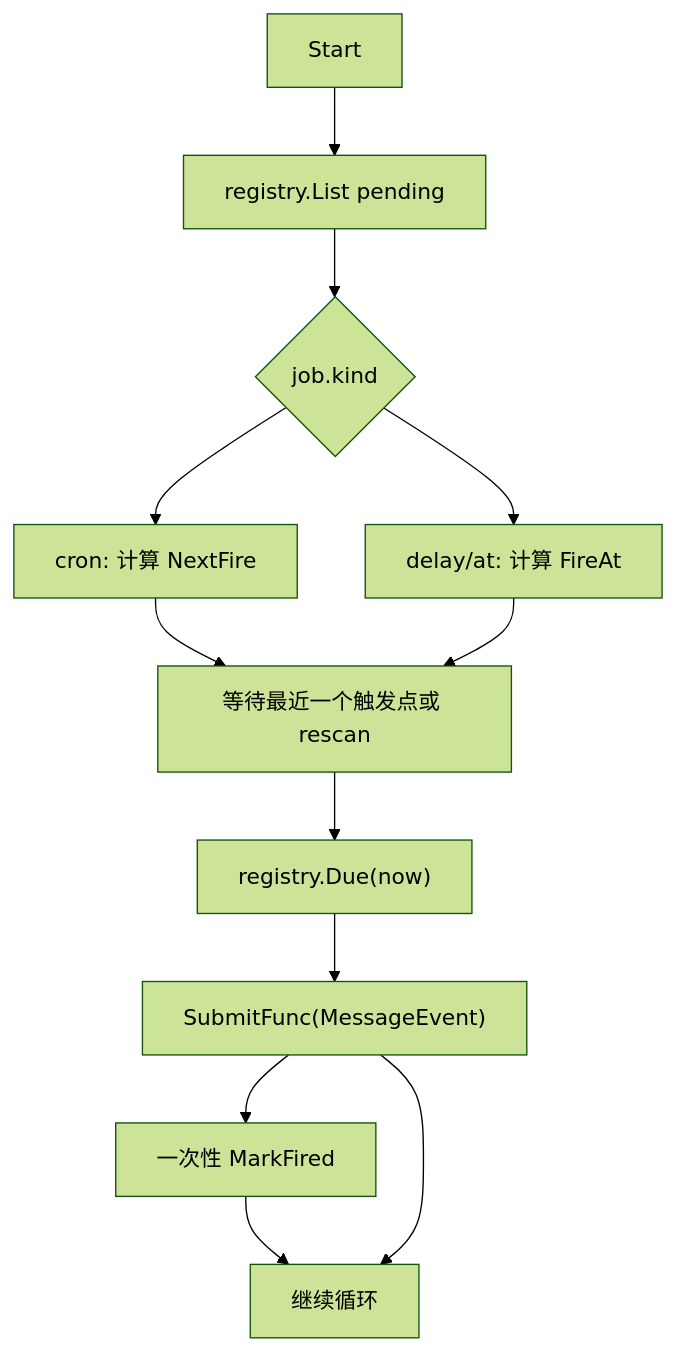
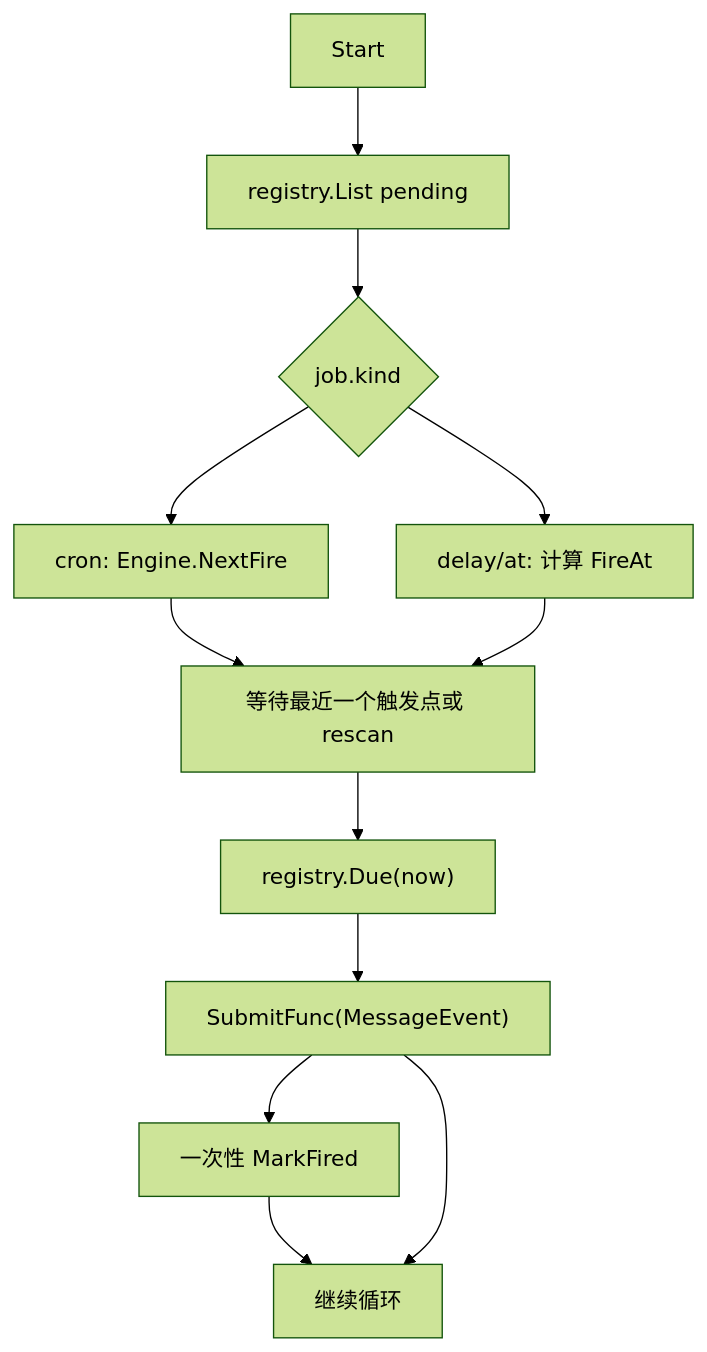
One commit to lengzhao/agentkit changed the diagram in docs/guides/schedule-timer.zh.md. Above: the diagram before and after it, drawn with Mermaid (forest theme). The commit also changed other lines of this file and 55 other files, not shown here.

````diff
--- a/docs/guides/schedule-timer.zh.md
+++ b/docs/guides/schedule-timer.zh.md
@@ -174,20 +175,20 @@
 ```mermaid
 flowchart TB
   Start["Start"]
   Load["registry.List pending"]
   Split{"job.kind"}
-  Cron["cron: 计算 NextFire"]
+  Cron["cron: Engine.NextFire"]
   Timer["delay/at: 计算 FireAt"]
   Wait["等待最近一个触发点或 rescan"]
   Due["registry.Due(now)"]
   Submit["SubmitFunc(MessageEvent)"]
   Mark["一次性 MarkFired"]
   Loop["继续循环"]
 
   Start --> Load --> Split
   Split --> Cron --> Wait
   Split --> Timer --> Wait
   Wait --> Due --> Submit
   Submit --> Mark --> Loop
   Submit --> Loop
 ```
````
